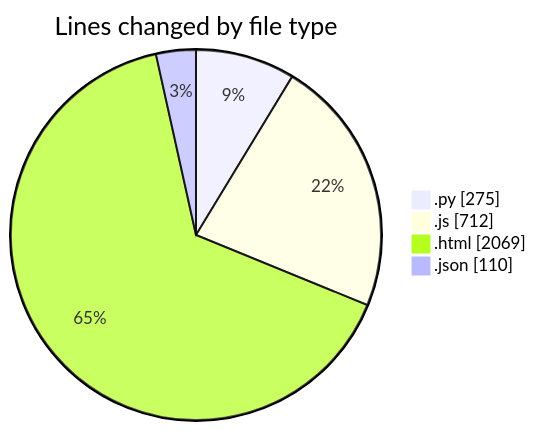
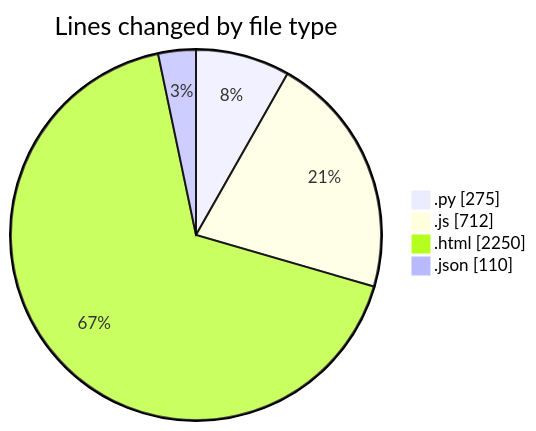
The first of 2 diagrams in 2026-07-09/twenty_versions_aminor/README.md (shibass792/code-tracking), drawn with Mermaid before and after one commit. The commit also changed other lines of this file and 1 other file, not shown here.

````diff
--- a/2026-07-09/twenty_versions_aminor/README.md
+++ b/2026-07-09/twenty_versions_aminor/README.md
@@ -26,8 +26,8 @@
 ```mermaid
 pie showData
 title Lines changed by file type
 ".py" : 275
 ".js" : 712
-".html" : 2069
+".html" : 2250
 ".json" : 110
 ```
````
